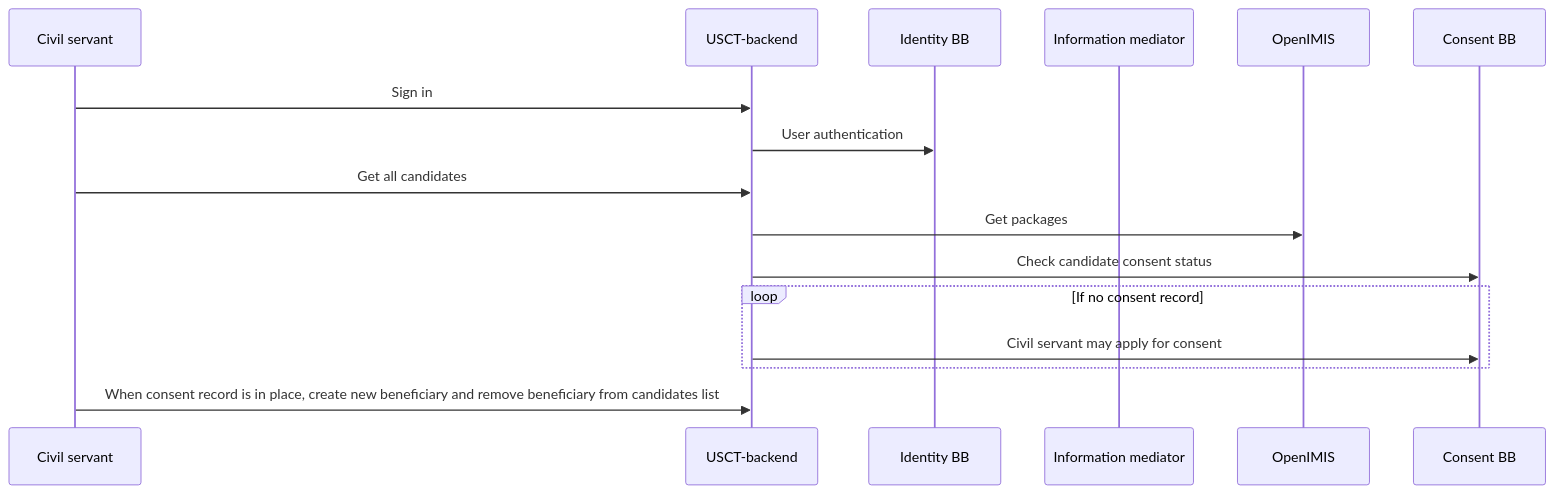
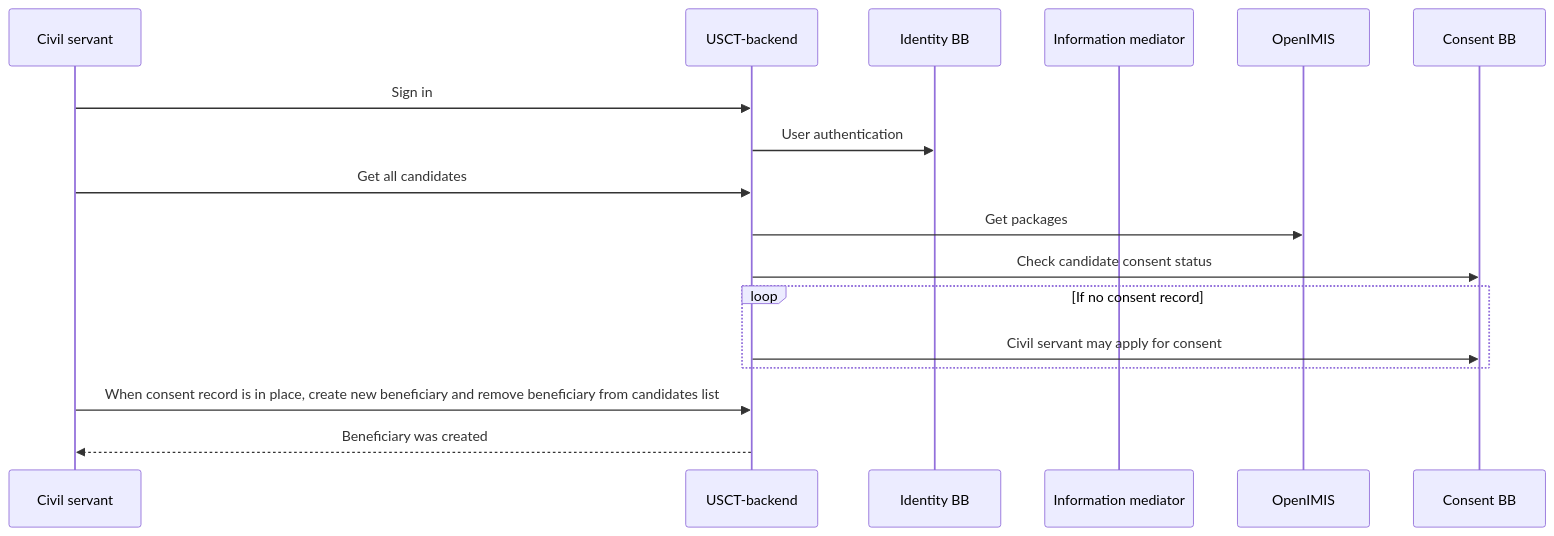
Before and after one commit to GovStackWorkingGroup/sandbox-usecase-usct-backend: the first of 2 diagrams in docs/main.md, drawn with Mermaid. The commit also changed other lines of this file, not shown here.

````diff
--- a/docs/main.md
+++ b/docs/main.md
@@ -15,15 +15,17 @@
 ```mermaid
 sequenceDiagram
     Civil servant ->> USCT-backend: Sign in
     USCT-backend ->> Identity BB: User authentication
     participant im as Information mediator
 
     Civil servant ->> USCT-backend: Get all candidates
     USCT-backend ->> OpenIMIS: Get packages
     USCT-backend ->> Consent BB: Check candidate consent status
     loop If no consent record
       USCT-backend ->>Consent BB: Civil servant may apply for consent
     end
   Civil servant ->> USCT-backend: When consent record is in place, create new beneficiary and remove beneficiary from candidates list
+  USCT-backend -->> Civil servant: Beneficiary was created
+
 
 ```
````
